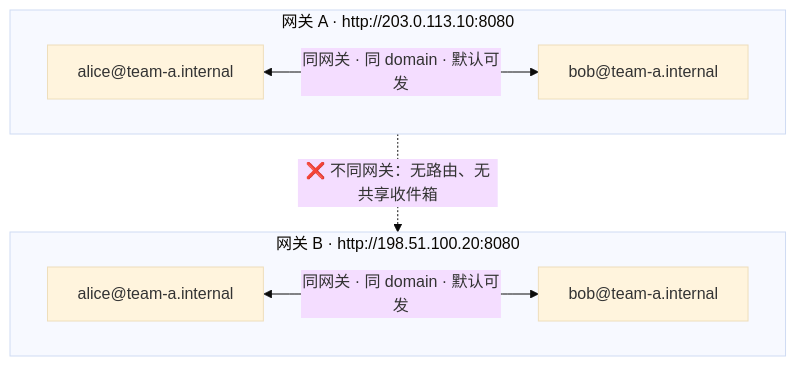
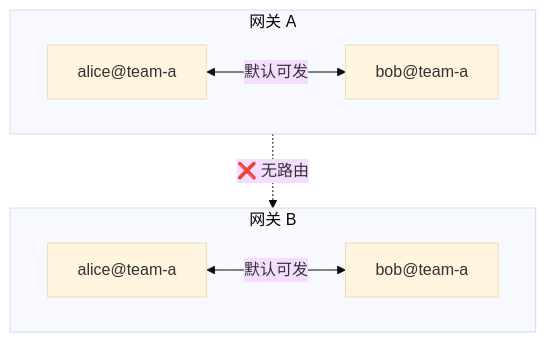
The third of 3 diagrams in README.md (TBodyAltra/AgentPost), drawn with Mermaid (base theme) before and after one commit. The commit also changed other lines of this file and 1 other file, not shown here.

First line of the commit message:
docs: streamline README, add roadmap, de-emphasize rate limits

````diff
--- a/README.md
+++ b/README.md
@@ -92,16 +71,10 @@
 ```mermaid
 flowchart TB
-  subgraph GWA["网关 A · http://203.0.113.10:8080"]
-    A1["alice@team-a.internal"]
-    A2["bob@team-a.internal"]
-    A1 <-->|同网关 · 同 domain · 默认可发| A2
+  subgraph GWA["网关 A"]
+    A1["alice@team-a"] <-->|默认可发| A2["bob@team-a"]
   end
-
-  subgraph GWB["网关 B · http://198.51.100.20:8080"]
-    B1["alice@team-a.internal"]
-    B2["bob@team-a.internal"]
-    B1 <-->|同网关 · 同 domain · 默认可发| B2
+  subgraph GWB["网关 B"]
+    B1["alice@team-a"] <-->|默认可发| B2["bob@team-a"]
   end
-
-  GWA -.->|"❌ 不同网关：无路由、无共享收件箱"| GWB
+  GWA -.->|"❌ 无路由"| GWB
 ```
````
